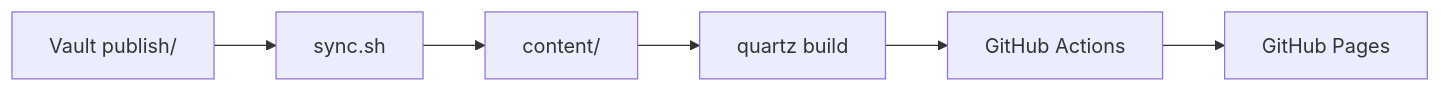
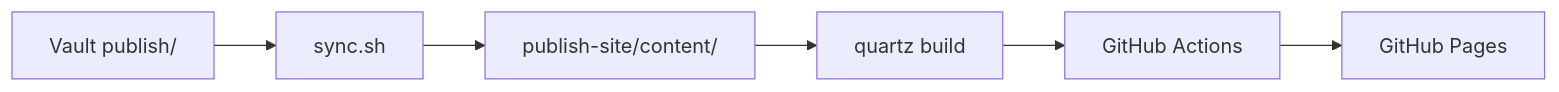
Before and after one commit to kip2/knowledge-is-power-to-us: the diagram in content/hello-quartz.md, drawn with Mermaid. The commit also changed other lines of this file and 2 other files, not shown here.

````diff
--- a/content/hello-quartz.md
+++ b/content/hello-quartz.md
@@ -44,8 +33,8 @@
 ```mermaid
 flowchart LR
     A[Vault publish/] --> B[sync.sh]
-    B --> C[content/]
+    B --> C[publish-site/content/]
     C --> D[quartz build]
     D --> E[GitHub Actions]
     E --> F[GitHub Pages]
 ```
````
